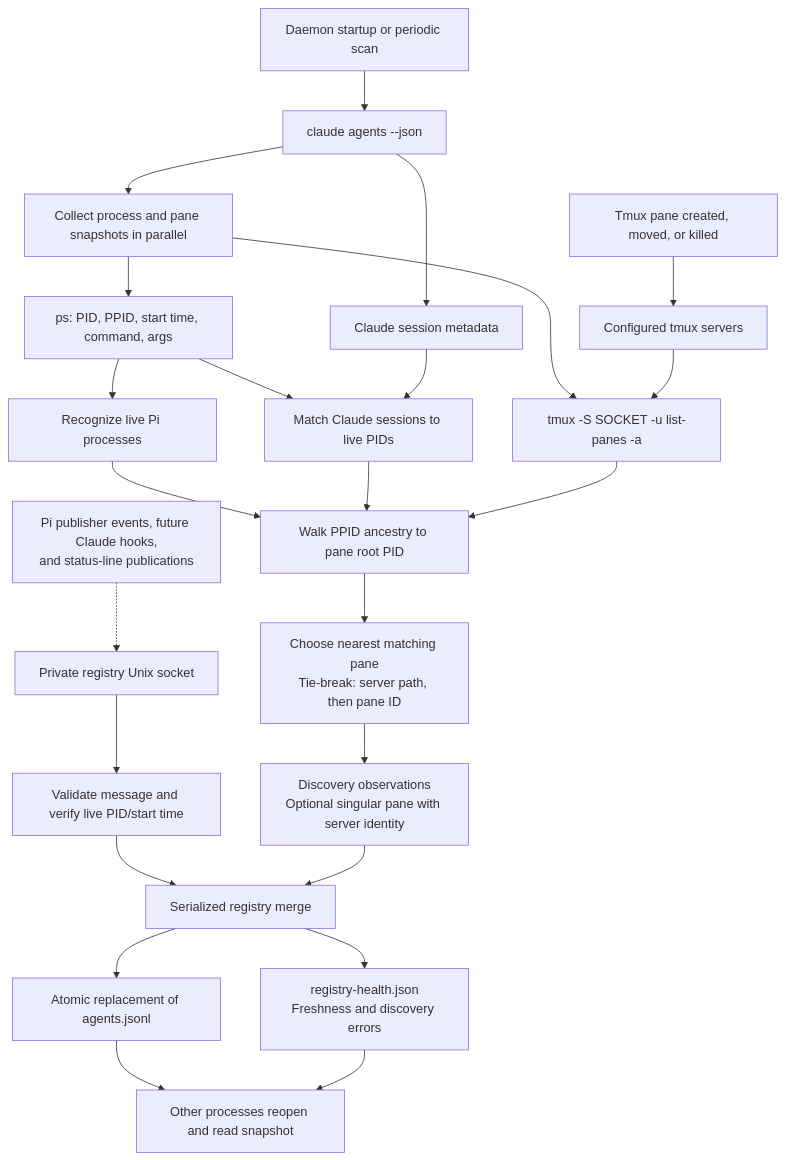
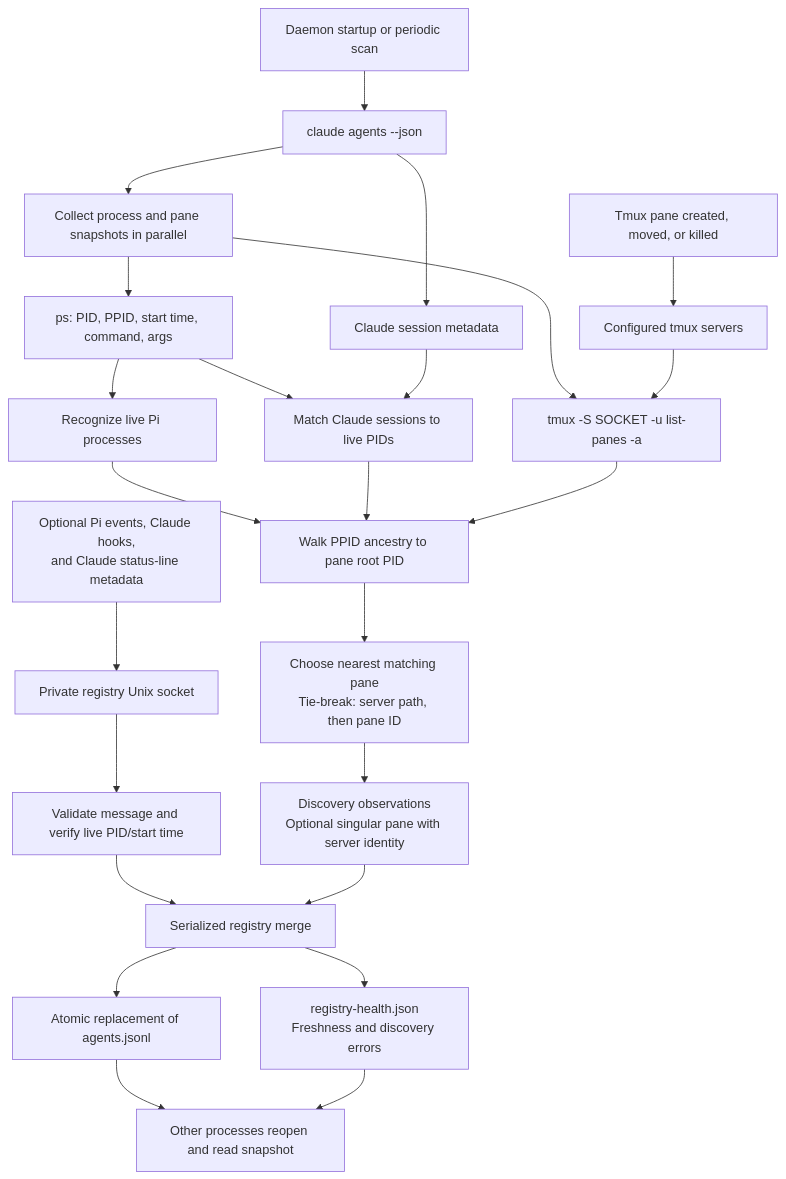
The diagram in agents-registry/README.md (ibpme/llm-garage), drawn with Mermaid before and after one commit. The commit also changed other lines of this file and 7 other files, not shown here.

Commit message:
feat(agents-registry): add opt-in Claude publishers

````diff
--- a/agents-registry/README.md
+++ b/agents-registry/README.md
@@ -122,28 +123,28 @@
 ```mermaid
 flowchart TD
     CHANGE["Tmux pane created, moved, or killed"] --> TMUX["Configured tmux servers"]
     TICK["Daemon startup or periodic scan"] --> CLI["claude agents --json"]
     CLI --> SNAP["Collect process and pane snapshots in parallel"]
     SNAP --> PS["ps: PID, PPID, start time, command, args"]
     SNAP --> PANES["tmux -S SOCKET -u list-panes -a"]
     TMUX --> PANES
 
     PS --> PI["Recognize live Pi processes"]
     CLI --> CC["Claude session metadata"]
     PS --> LIVE["Match Claude sessions to live PIDs"]
     CC --> LIVE
     PI --> JOIN["Walk PPID ancestry to pane root PID"]
     LIVE --> JOIN
     PANES --> JOIN
     JOIN --> PICK["Choose nearest matching pane<br/>Tie-break: server path, then pane ID"]
     PICK --> OBS["Discovery observations<br/>Optional singular pane with server identity"]
 
-    FUTURE["Pi publisher events, future Claude hooks,<br/>and status-line publications"] -.-> SOCKET["Private registry Unix socket"]
+    PUBLISHERS["Optional Pi events, Claude hooks,<br/>and Claude status-line metadata"] --> SOCKET["Private registry Unix socket"]
     SOCKET --> VERIFY["Validate message and verify live PID/start time"]
     VERIFY --> STORE["Serialized registry merge"]
     OBS --> STORE
     STORE --> FILE["Atomic replacement of agents.jsonl"]
     STORE --> HEALTH["registry-health.json<br/>Freshness and discovery errors"]
     FILE --> READ["Other processes reopen and read snapshot"]
     HEALTH --> READ
 ```
````
